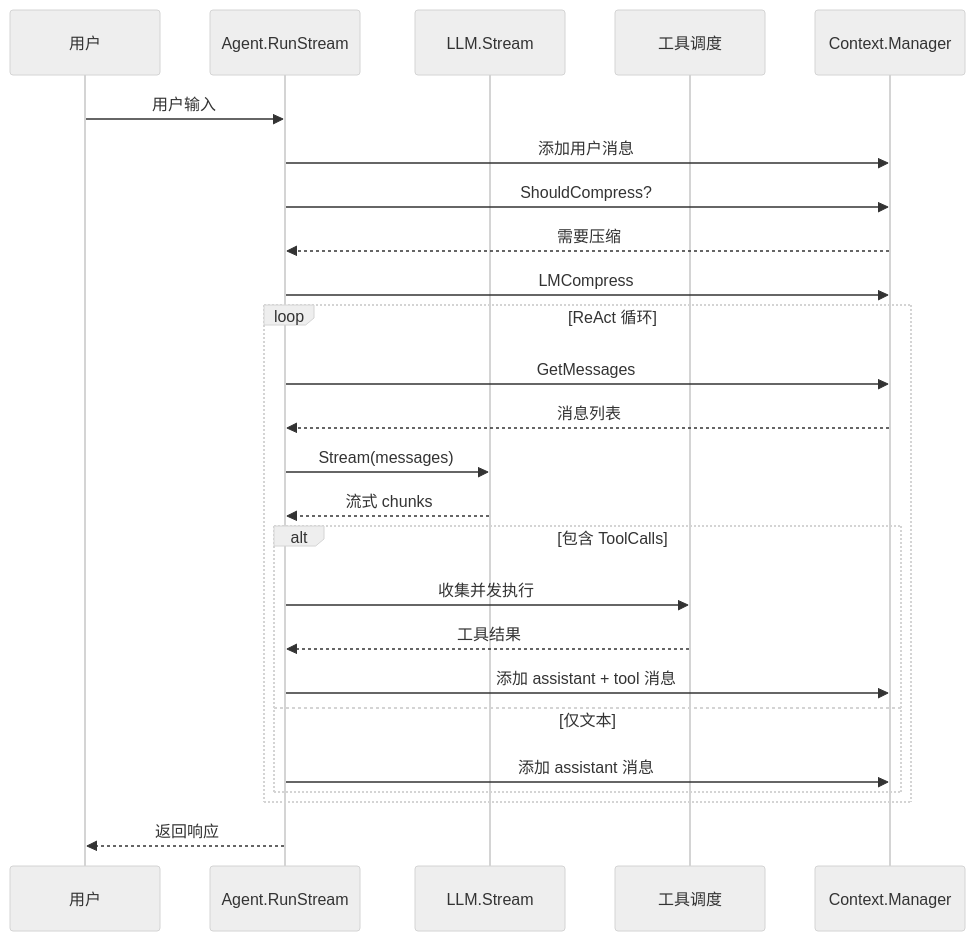
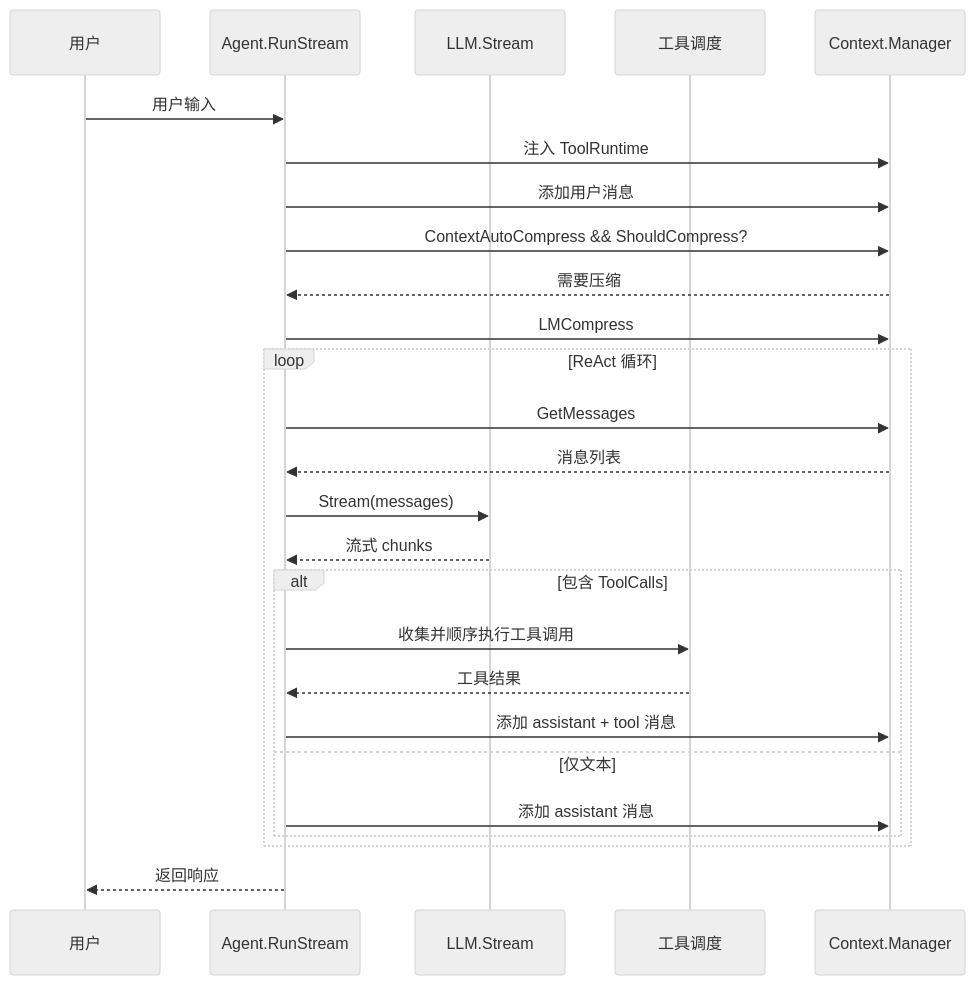
Before and after one commit to Ozqi/5hAgent: the second of 3 diagrams in doc/0README.md, drawn with Mermaid (neutral theme). The commit also changed other lines of this file and 50 other files, not shown here.

First line of the commit message:
feat(runtime): add headless context workflow

````diff
--- a/doc/0README.md
+++ b/doc/0README.md
@@ -82,31 +98,32 @@
 ```mermaid
 sequenceDiagram
     participant User as 用户
     participant Agent as Agent.RunStream
     participant LLM as LLM.Stream
     participant Tool as 工具调度
     participant Context as Context.Manager
 
     User->>Agent: 用户输入
+    Agent->>Context: 注入 ToolRuntime
     Agent->>Context: 添加用户消息
-    Agent->>Context: ShouldCompress?
+    Agent->>Context: ContextAutoCompress && ShouldCompress?
     Context-->>Agent: 需要压缩
     Agent->>Context: LMCompress
 
     loop ReAct 循环
         Agent->>Context: GetMessages
         Context-->>Agent: 消息列表
         Agent->>LLM: Stream(messages)
         LLM-->>Agent: 流式 chunks
 
         alt 包含 ToolCalls
-            Agent->>Tool: 收集并发执行
+            Agent->>Tool: 收集并顺序执行工具调用
             Tool-->>Agent: 工具结果
             Agent->>Context: 添加 assistant + tool 消息
         else 仅文本
             Agent->>Context: 添加 assistant 消息
         end
     end
 
     Agent-->>User: 返回响应
 ```
````
